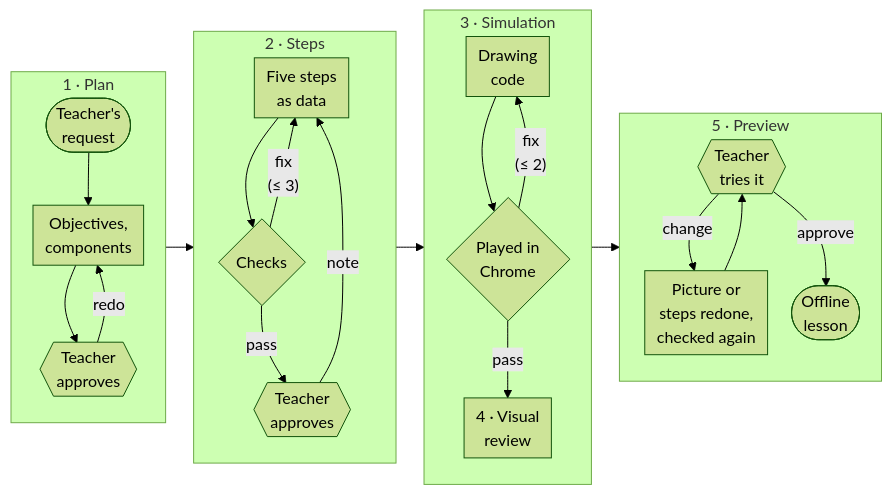
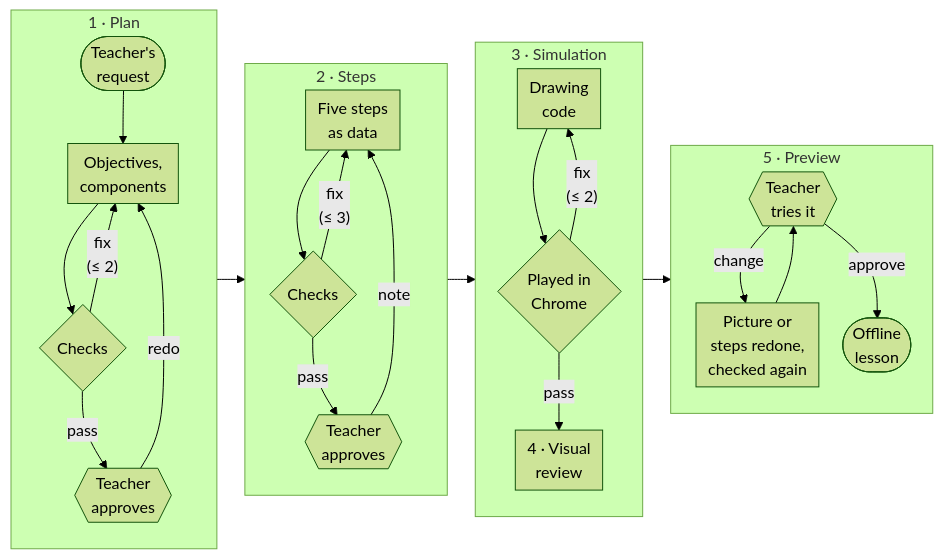
Before and after one commit to mw079/edu-lab: the diagram in README.md, drawn with Mermaid (forest theme). The commit also changed other lines of this file and 35 other files, not shown here.

````diff
--- a/README.md
+++ b/README.md
@@ -26,34 +26,36 @@
 ```mermaid
 %%{init: {"flowchart": {"nodeSpacing": 24, "rankSpacing": 28, "padding": 6}}}%%
 flowchart LR
   subgraph plan ["1 · Plan"]
     direction TB
     R(["Teacher's<br/>request"]) --> P["Objectives,<br/>components"]
-    P --> TP{{"Teacher<br/>approves"}}
+    P --> CP{"Checks"}
+    CP -- "fix<br/>(≤ 2)" --> P
+    CP -- "pass" --> TP{{"Teacher<br/>approves"}}
     TP -- "redo" --> P
   end
 
   subgraph steps ["2 · Steps"]
     direction TB
     D["Five steps<br/>as data"] --> CD{"Checks"}
     CD -- "fix<br/>(≤ 3)" --> D
     CD -- "pass" --> TS{{"Teacher<br/>approves"}}
     TS -- "note" --> D
   end
 
   subgraph sim ["3 · Simulation"]
     direction TB
     S["Drawing<br/>code"] --> CB{"Played in<br/>Chrome"}
     CB -- "fix<br/>(≤ 2)" --> S
     CB -- "pass" --> V["4 · Visual<br/>review"]
   end
 
   subgraph preview ["5 · Preview"]
     direction TB
     PV{{"Teacher<br/>tries it"}} -- "change" --> C["Picture or<br/>steps redone,<br/>checked again"]
     C --> PV
     PV -- "approve" --> L(["Offline<br/>lesson"])
   end
 
   plan --> steps --> sim --> preview
 ```
````
